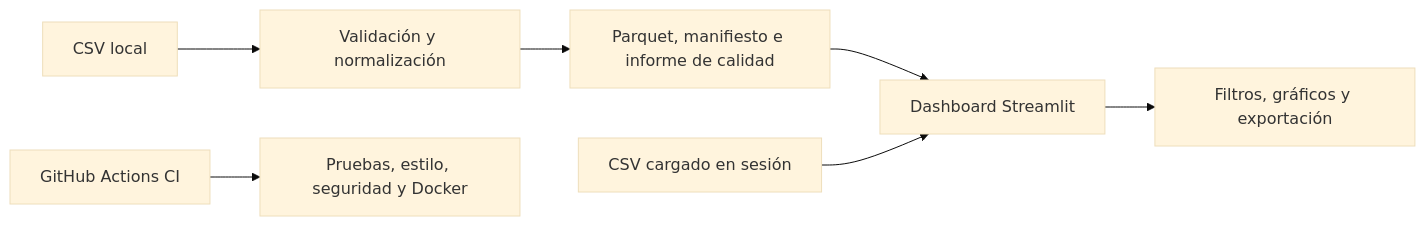
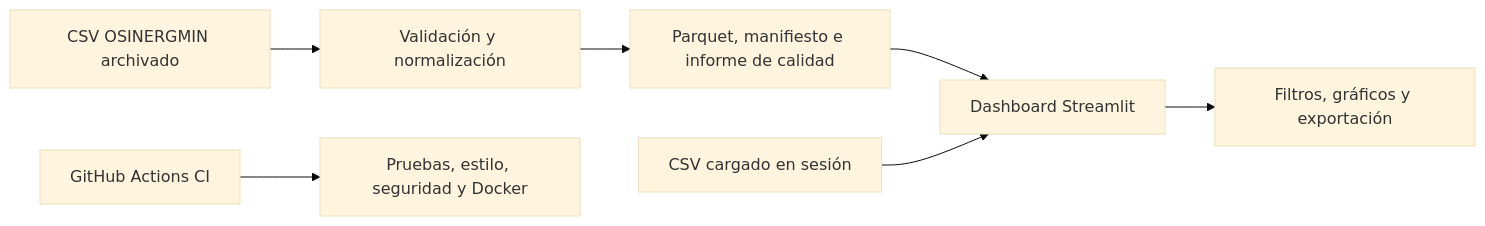
Before and after one commit to Kiara1616/FuelScope: the diagram in README.md, drawn with Mermaid (base theme). The commit also changed other lines of this file and 24 other files, not shown here.

````diff
--- a/README.md
+++ b/README.md
@@ -30,9 +30,9 @@
 ```mermaid
 flowchart LR
-    A[CSV local] --> B[Validación y normalización]
+    A[CSV OSINERGMIN archivado] --> B[Validación y normalización]
     B --> C[Parquet, manifiesto e informe de calidad]
     C --> D[Dashboard Streamlit]
     E[CSV cargado en sesión] --> D
     D --> F[Filtros, gráficos y exportación]
     G[GitHub Actions CI] --> H[Pruebas, estilo, seguridad y Docker]
 ```
````
